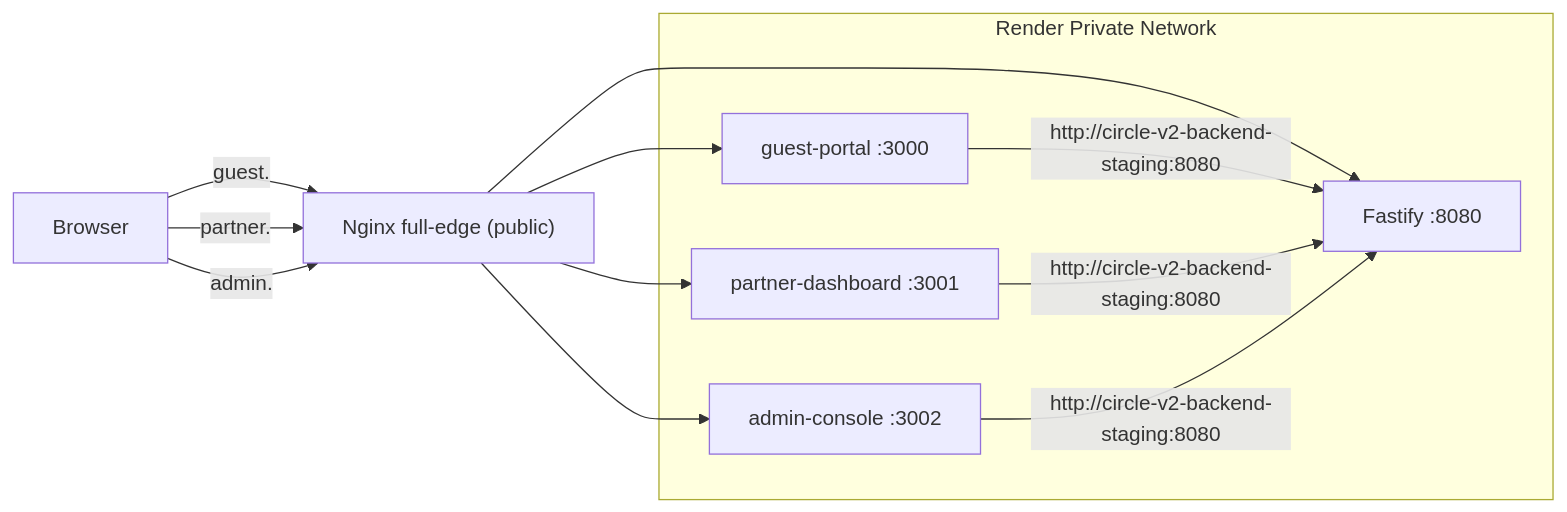
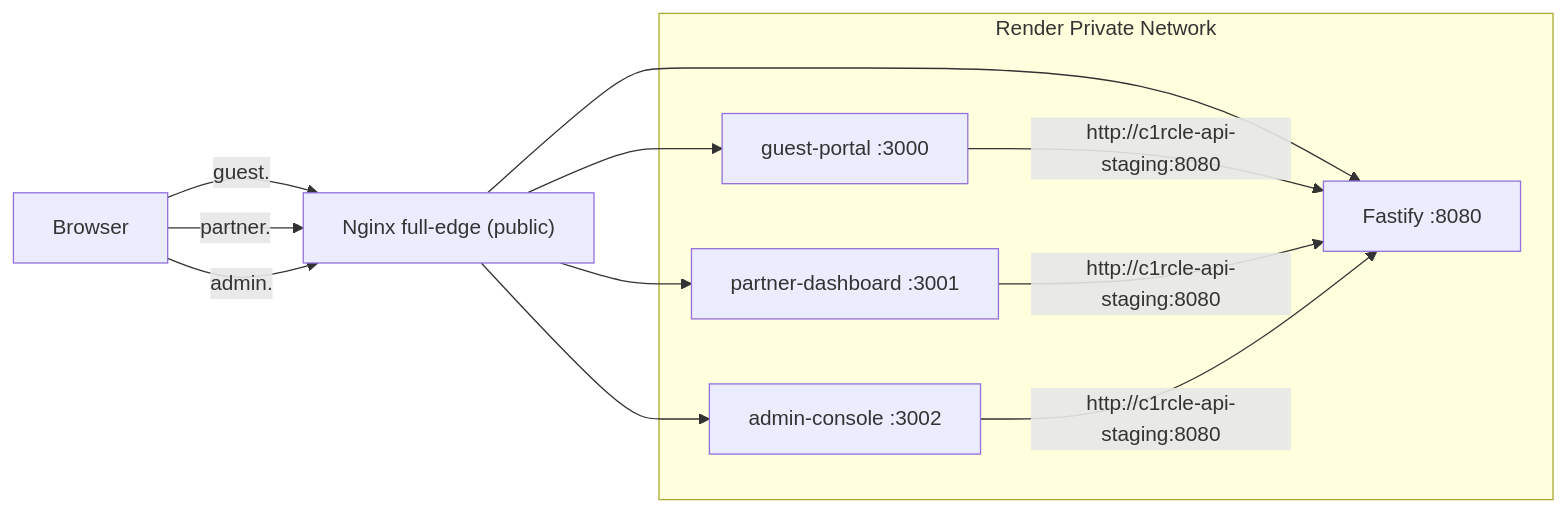
One commit to thec1rclehost123-cmd/expert_labs-c1rcle changed the second of 4 diagrams in C1RCLE-BACKEND/docs/nginx/migration-plan.md. Above: the diagram before and after it, drawn with Mermaid. The commit also changed other lines of this file and 1459 other files, not shown here.

````diff
--- a/C1RCLE-BACKEND/docs/nginx/migration-plan.md
+++ b/C1RCLE-BACKEND/docs/nginx/migration-plan.md
@@ -47,18 +47,18 @@
 ```mermaid
 graph LR
   subgraph Private["Render Private Network"]
     GB2["guest-portal :3000"]
     PB2["partner-dashboard :3001"]
     AB2["admin-console :3002"]
     F2["Fastify :8080"]
   end
   N2["Nginx full-edge (public)"]
   B["Browser"]
   B -->|"guest.<domain>"| N2
   B -->|"partner.<domain>"| N2
   B -->|"admin.<domain>"| N2
   N2 --> GB2 & PB2 & AB2 & F2
-  GB2 -->|"http://circle-v2-backend-staging:8080"| F2
-  PB2 -->|"http://circle-v2-backend-staging:8080"| F2
-  AB2 -->|"http://circle-v2-backend-staging:8080"| F2
+  GB2 -->|"http://c1rcle-api-staging:8080"| F2
+  PB2 -->|"http://c1rcle-api-staging:8080"| F2
+  AB2 -->|"http://c1rcle-api-staging:8080"| F2
 ```
````
